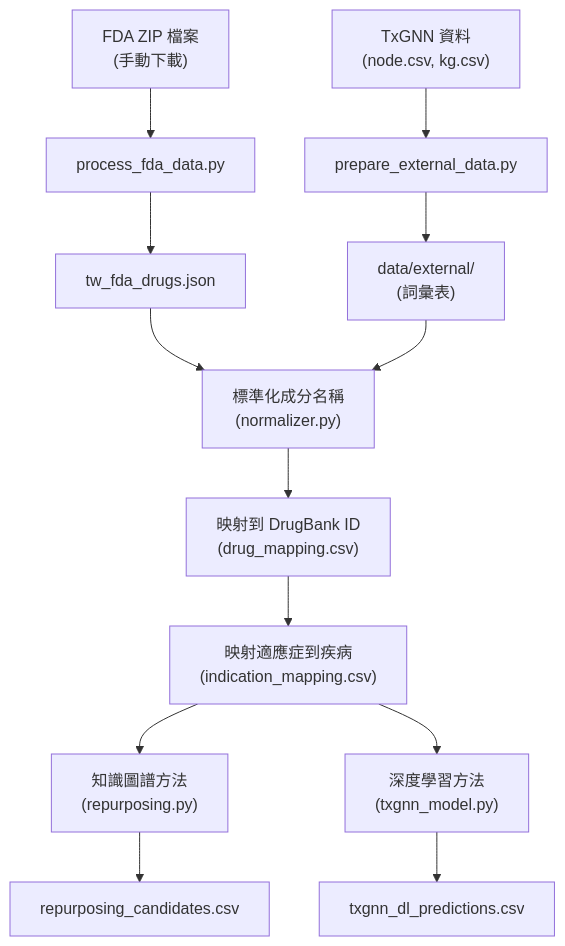
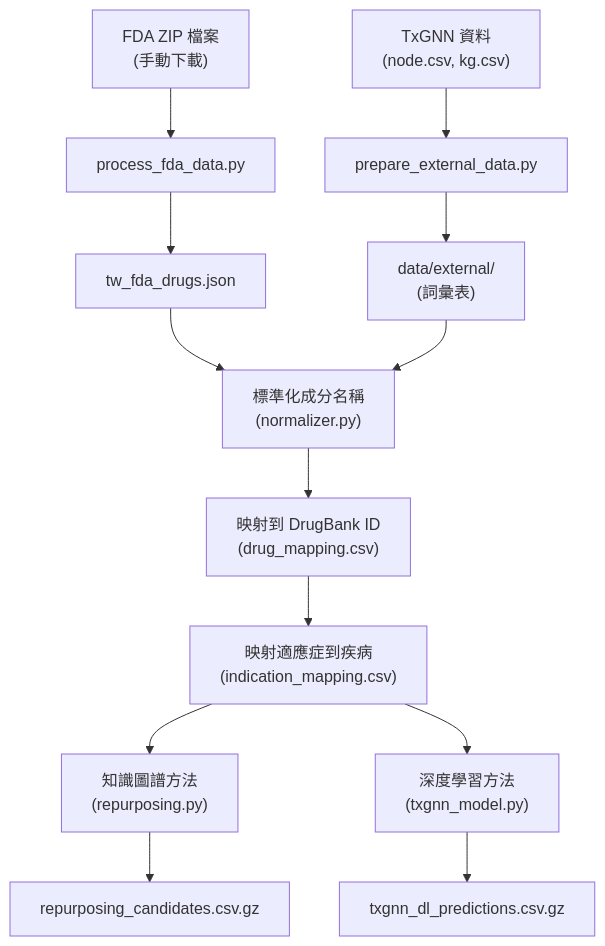
One commit to yao-care/TwTxGNN changed the second of 2 diagrams in README.md. Above: the diagram before and after it, drawn with Mermaid. The commit also changed other lines of this file and 4 other files, not shown here.

````diff
--- a/README.md
+++ b/README.md
@@ -492,20 +492,20 @@
 ```mermaid
 flowchart TD
     FDA["FDA ZIP 檔案<br/>(手動下載)"] --> proc["process_fda_data.py"]
     TxGNN["TxGNN 資料<br/>(node.csv, kg.csv)"] --> prep["prepare_external_data.py"]
 
     proc --> json["tw_fda_drugs.json"]
     prep --> ext["data/external/<br/>(詞彙表)"]
 
     json --> norm["標準化成分名稱<br/>(normalizer.py)"]
     ext --> norm
 
     norm --> drug_map["映射到 DrugBank ID<br/>(drug_mapping.csv)"]
     drug_map --> ind_map["映射適應症到疾病<br/>(indication_mapping.csv)"]
 
     ind_map --> KG["知識圖譜方法<br/>(repurposing.py)"]
     ind_map --> DL["深度學習方法<br/>(txgnn_model.py)"]
 
-    KG --> kg_out["repurposing_candidates.csv"]
-    DL --> dl_out["txgnn_dl_predictions.csv"]
+    KG --> kg_out["repurposing_candidates.csv.gz"]
+    DL --> dl_out["txgnn_dl_predictions.csv.gz"]
 ```
````
